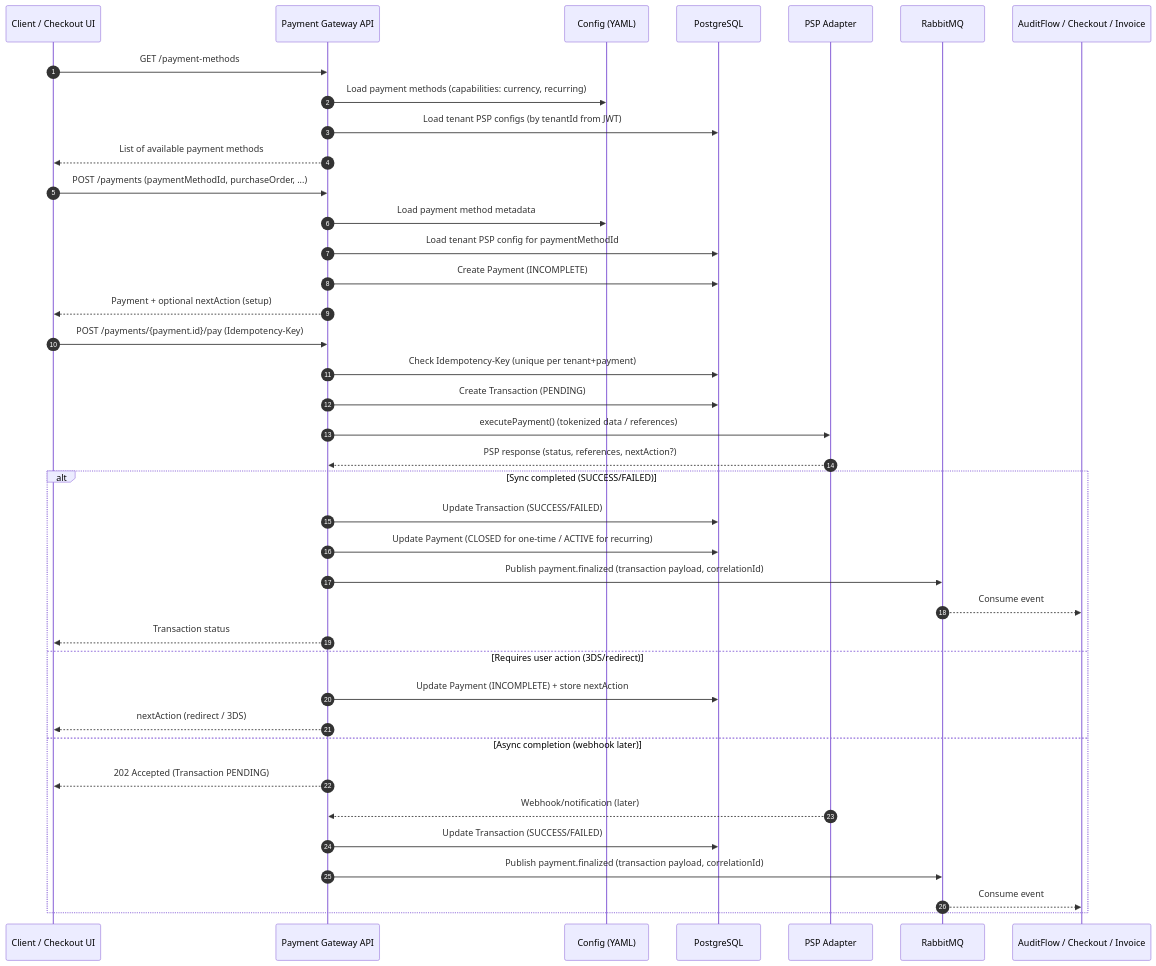
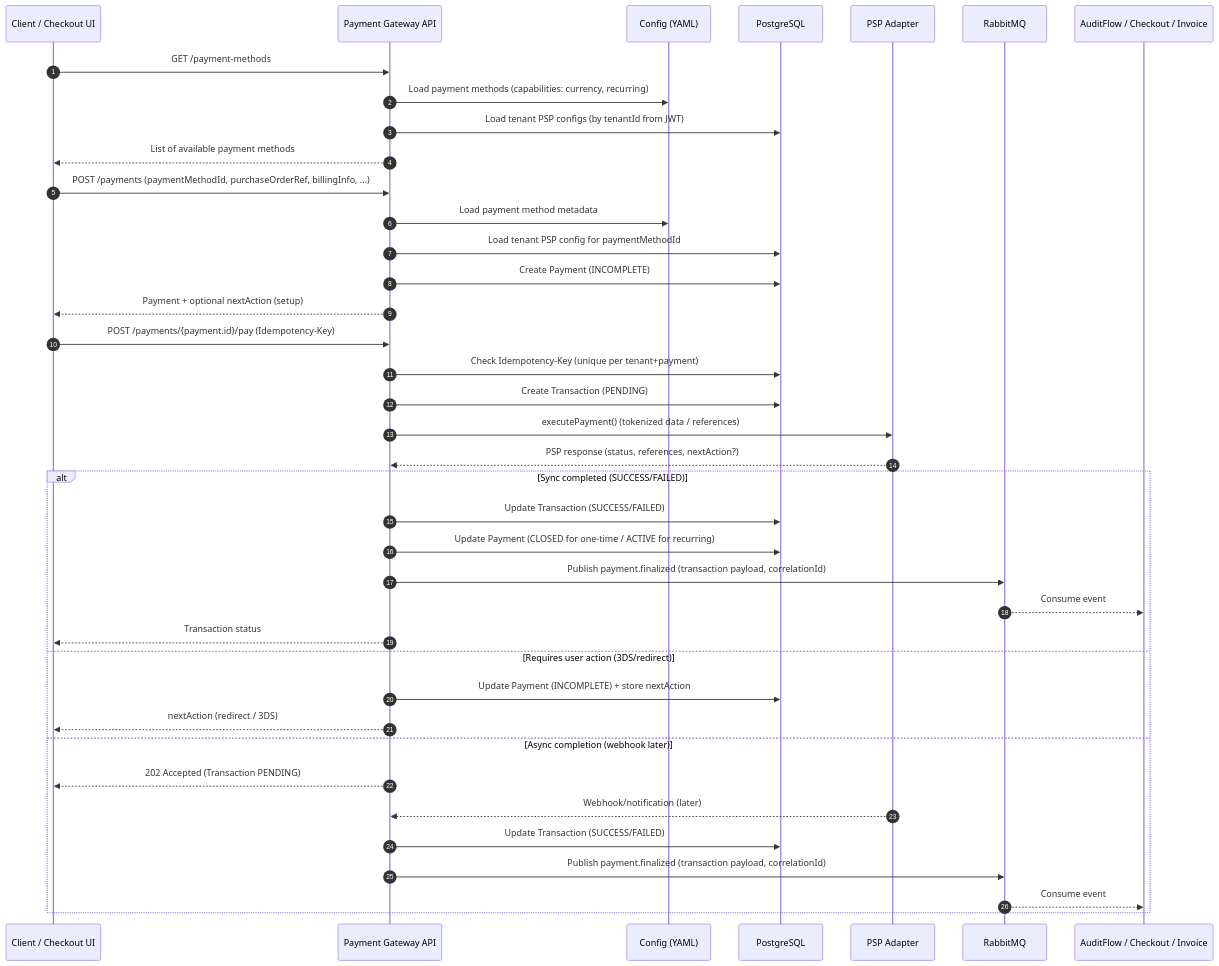
The diagram in payment-gateway/readme.md (Labs64/labs64.io-docs), drawn with Mermaid before and after one commit. The commit also changed other lines of this file and 1 other file, not shown here.

````diff
--- a/payment-gateway/readme.md
+++ b/payment-gateway/readme.md
@@ -189,46 +254,46 @@
 ```mermaid
 sequenceDiagram
   autonumber
 
   participant Client as Client / Checkout UI
   participant API as Payment Gateway API
   participant CFG as Config (YAML)
   participant DB as PostgreSQL
   participant PSP as PSP Adapter
   participant MQ as RabbitMQ
   participant Subscriber as AuditFlow / Checkout / Invoice
 
   Client->>API: GET /payment-methods
   API->>CFG: Load payment methods (capabilities: currency, recurring)
   API->>DB: Load tenant PSP configs (by tenantId from JWT)
   API-->>Client: List of available payment methods
 
-  Client->>API: POST /payments (paymentMethodId, purchaseOrder, ...)
+  Client->>API: POST /payments (paymentMethodId, purchaseOrderRef, billingInfo, ...)
   API->>CFG: Load payment method metadata
   API->>DB: Load tenant PSP config for paymentMethodId
   API->>DB: Create Payment (INCOMPLETE)
   API-->>Client: Payment + optional nextAction (setup)
 
   Client->>API: POST /payments/{payment.id}/pay (Idempotency-Key)
   API->>DB: Check Idempotency-Key (unique per tenant+payment)
   API->>DB: Create Transaction (PENDING)
   API->>PSP: executePayment() (tokenized data / references)
   PSP-->>API: PSP response (status, references, nextAction?)
 
   alt Sync completed (SUCCESS/FAILED)
     API->>DB: Update Transaction (SUCCESS/FAILED)
     API->>DB: Update Payment (CLOSED for one-time / ACTIVE for recurring)
     API->>MQ: Publish payment.finalized (transaction payload, correlationId)
     MQ-->>Subscriber: Consume event
     API-->>Client: Transaction status
   else Requires user action (3DS/redirect)
     API->>DB: Update Payment (INCOMPLETE) + store nextAction
     API-->>Client: nextAction (redirect / 3DS)
   else Async completion (webhook later)
     API-->>Client: 202 Accepted (Transaction PENDING)
     PSP-->>API: Webhook/notification (later)
     API->>DB: Update Transaction (SUCCESS/FAILED)
     API->>MQ: Publish payment.finalized (transaction payload, correlationId)
     MQ-->>Subscriber: Consume event
   end
 ```
````
